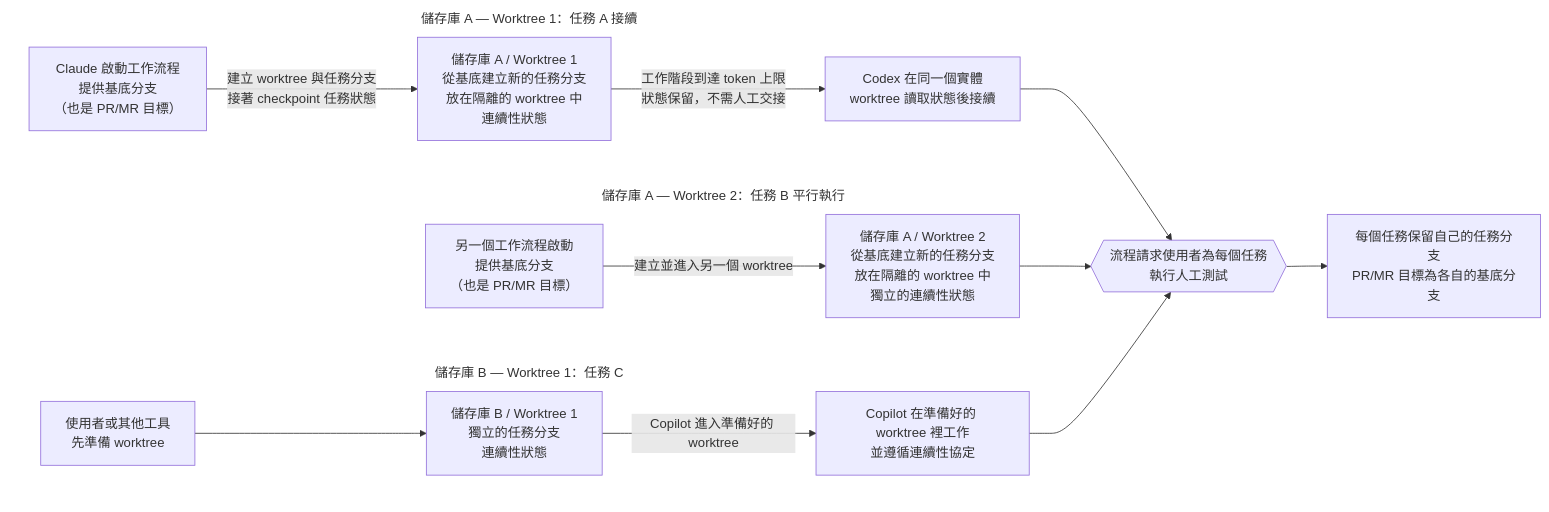
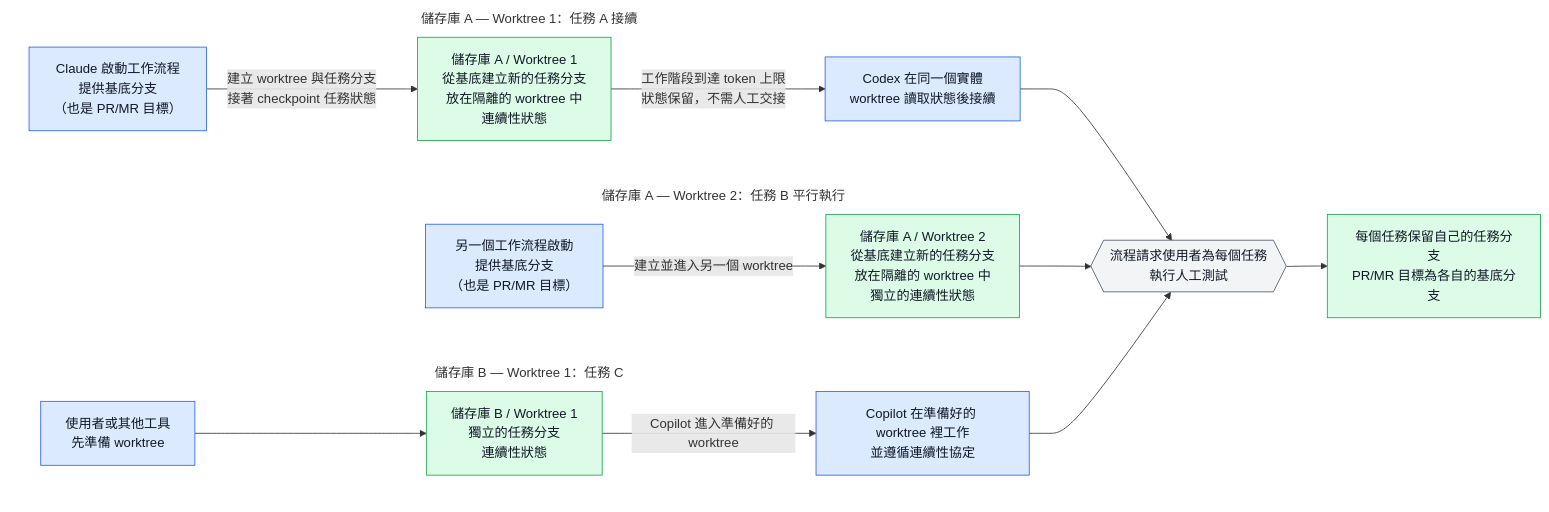
The fourth of 4 diagrams in README.zh-TW.md (sherrilla71940/personal-agentic-dev-environment), drawn with Mermaid before and after one commit. The commit also changed other lines of this file and 1 other file, not shown here.

First line of the commit message:
docs(readme): align Mermaid diagram styling

````diff
--- a/README.zh-TW.md
+++ b/README.zh-TW.md
@@ -392,37 +411,48 @@
 ```mermaid
 %%{init: {"themeVariables": {"clusterBkg": "transparent"}, "flowchart": {"useMaxWidth": false}}}%%
 flowchart LR
     subgraph taskA["儲存庫 A — Worktree 1：任務 A 接續"]
         claudeA["Claude 啟動工作流程<br/>提供基底分支<br/>（也是 PR/MR 目標）"]
         workA["儲存庫 A / Worktree 1<br/>從基底建立新的任務分支<br/>放在隔離的 worktree 中<br/>連續性狀態"]
         codexA["Codex 在同一個實體<br/>worktree 讀取狀態後接續"]
         claudeA -->|"建立 worktree 與任務分支<br/>接著 checkpoint 任務狀態"| workA
         workA -->|"工作階段到達 token 上限<br/>狀態保留，不需人工交接"| codexA
     end
 
     subgraph taskB["儲存庫 A — Worktree 2：任務 B 平行執行"]
         claudeB["另一個工作流程啟動<br/>提供基底分支<br/>（也是 PR/MR 目標）"]
         workB["儲存庫 A / Worktree 2<br/>從基底建立新的任務分支<br/>放在隔離的 worktree 中<br/>獨立的連續性狀態"]
         claudeB -->|"建立並進入另一個 worktree"| workB
     end
 
     subgraph taskC["儲存庫 B — Worktree 1：任務 C"]
         prepC["使用者或其他工具<br/>先準備 worktree"]
         workC["儲存庫 B / Worktree 1<br/>獨立的任務分支<br/>連續性狀態"]
         copilotC["Copilot 在準備好的 worktree 裡工作<br/>並遵循連續性協定"]
         prepC --> workC
         workC -->|"Copilot 進入準備好的 worktree"| copilotC
     end
 
     gate{{"流程請求使用者為每個任務<br/>執行人工測試"}}
     out["每個任務保留自己的任務分支<br/>PR/MR 目標為各自的基底分支"]
 
     codexA --> gate
     workB --> gate
     copilotC --> gate
     gate --> out
 
+    class claudeA,codexA,claudeB,prepC,copilotC input
+    class workA,workB,workC,out output
+    class gate control
+
+    classDef input fill:#dbeafe,stroke:#2563eb,color:#111827
+    classDef orchestration fill:#f3e8ff,stroke:#9333ea,color:#111827
+    classDef output fill:#dcfce7,stroke:#16a34a,color:#111827
+    classDef work fill:#fef3c7,stroke:#d97706,color:#111827
+    classDef control fill:#f3f4f6,stroke:#4b5563,color:#111827
+    classDef exception fill:#fee2e2,stroke:#dc2626,color:#111827
+
     style taskA fill:none,stroke:transparent
     style taskB fill:none,stroke:transparent
     style taskC fill:none,stroke:transparent
 ```
````
